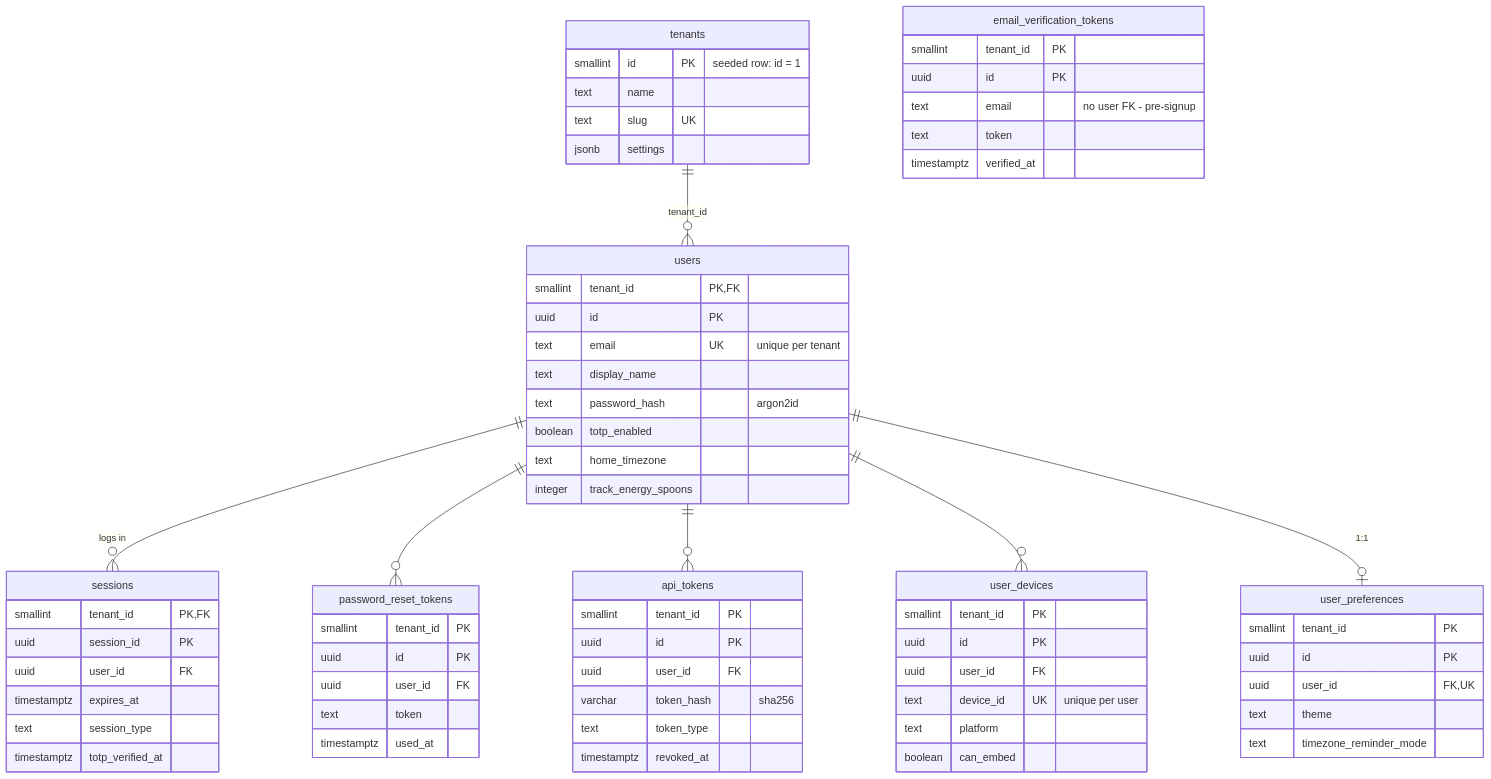
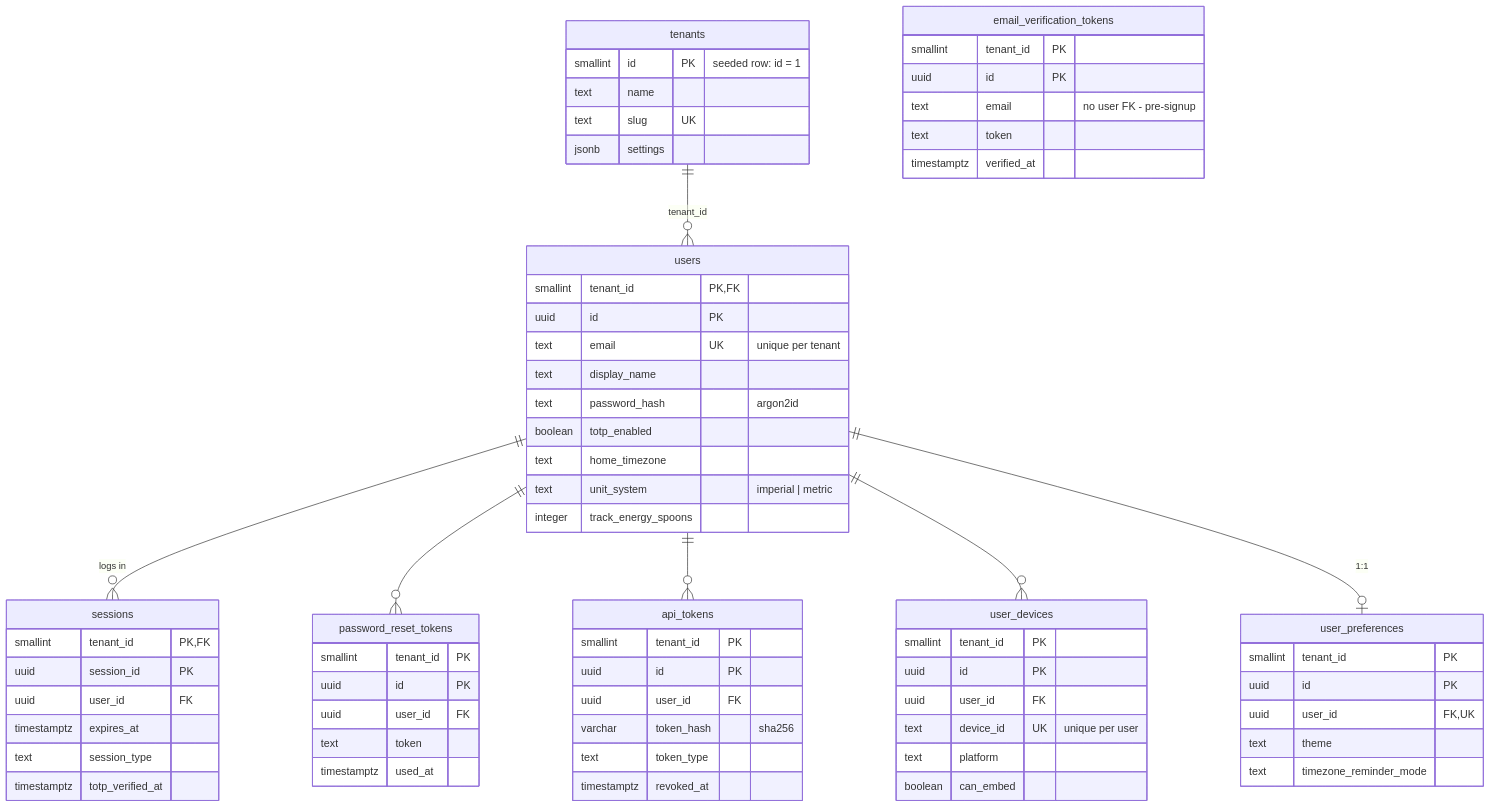
Before and after one commit to MinowaHealth/HomeEdition: the first of 12 diagrams in DataModel3/HomeDatabaseERD.md, drawn with Mermaid. The commit also changed 2 other files, not shown here.

Commit message:
Add users.unit_system display preference column
text NOT NULL DEFAULT 'imperial' CHECK (imperial|metric), next to
locale/home_timezone which it mirrors as a per-user display setting.
Applied to the running DB via ALTER TABLE.

````diff
--- a/DataModel3/HomeDatabaseERD.md
+++ b/DataModel3/HomeDatabaseERD.md
@@ -18,70 +18,71 @@
 ```mermaid
 erDiagram
     tenants {
         smallint id PK "seeded row: id = 1"
         text name
         text slug UK
         jsonb settings
     }
     users {
         smallint tenant_id PK, FK
         uuid id PK
         text email UK "unique per tenant"
         text display_name
         text password_hash "argon2id"
         boolean totp_enabled
         text home_timezone
+        text unit_system "imperial | metric"
         integer track_energy_spoons
     }
     sessions {
         smallint tenant_id PK, FK
         uuid session_id PK
         uuid user_id FK
         timestamptz expires_at
         text session_type
         timestamptz totp_verified_at
     }
     password_reset_tokens {
         smallint tenant_id PK
         uuid id PK
         uuid user_id FK
         text token
         timestamptz used_at
     }
     email_verification_tokens {
         smallint tenant_id PK
         uuid id PK
         text email "no user FK - pre-signup"
         text token
         timestamptz verified_at
     }
     api_tokens {
         smallint tenant_id PK
         uuid id PK
         uuid user_id FK
         varchar token_hash "sha256"
         text token_type
         timestamptz revoked_at
     }
     user_devices {
         smallint tenant_id PK
         uuid id PK
         uuid user_id FK
         text device_id UK "unique per user"
         text platform
         boolean can_embed
     }
     user_preferences {
         smallint tenant_id PK
         uuid id PK
         uuid user_id FK, UK
         text theme
         text timezone_reminder_mode
     }
     tenants ||--o{ users : "tenant_id"
     users ||--o{ sessions : "logs in"
     users ||--o{ password_reset_tokens : ""
     users ||--o{ api_tokens : ""
     users ||--o{ user_devices : ""
     users ||--o| user_preferences : "1:1"
 ```
````
